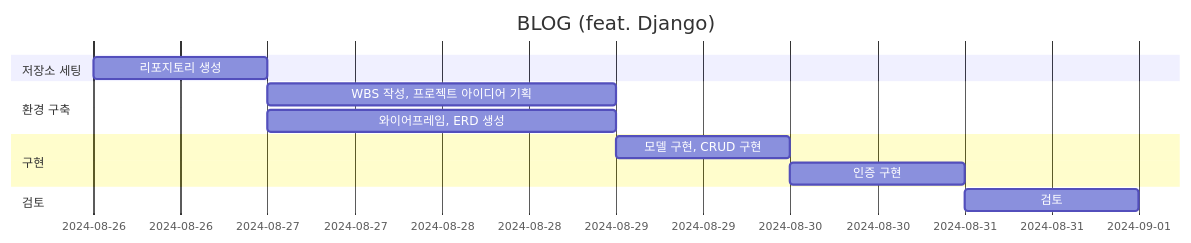
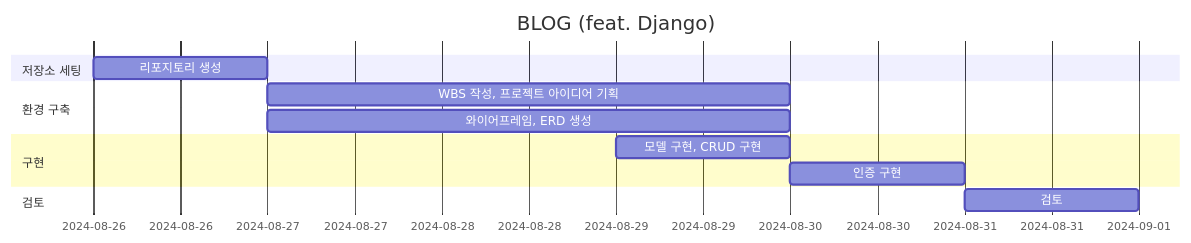
Before and after one commit to HyunmyungNoh/django_blog: the diagram in README.md, drawn with Mermaid. The commit also changed other lines of this file, not shown here.

Commit message:
adjust WBS

````diff
--- a/README.md
+++ b/README.md
@@ -6,16 +7,16 @@
 ```mermaid
 
 gantt
     title BLOG (feat. Django)
     dateFormat  MM-DD
     section 저장소 세팅
     리포지토리 생성     :a1, 08-26, 1d
     section 환경 구축
-    WBS 작성, 프로젝트 아이디어 기획 :a2, 08-27, 2d
-    와이어프레임, ERD 생성 :a3, 08-27, 2d
+    WBS 작성, 프로젝트 아이디어 기획 :a2, 08-27, 3d
+    와이어프레임, ERD 생성 :a3, 08-27, 3d
     section 구현
     모델 구현, CRUD 구현 :a4, 08-29, 1d
     인증 구현           :a5, 08-30, 1d
     section 검토
     검토               :a6, 08-31, 1d
 ```
````
